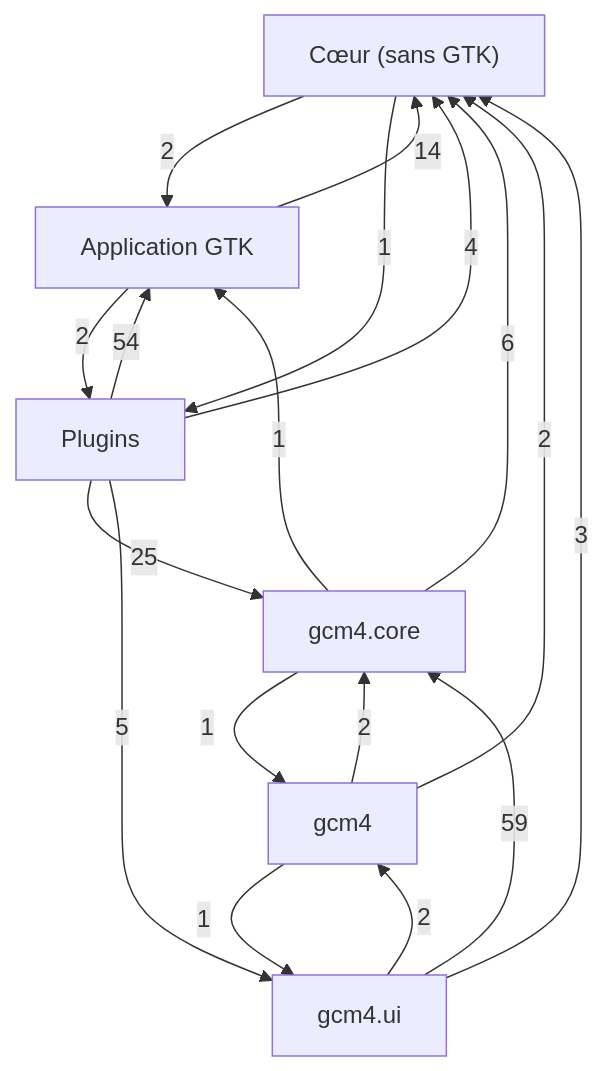
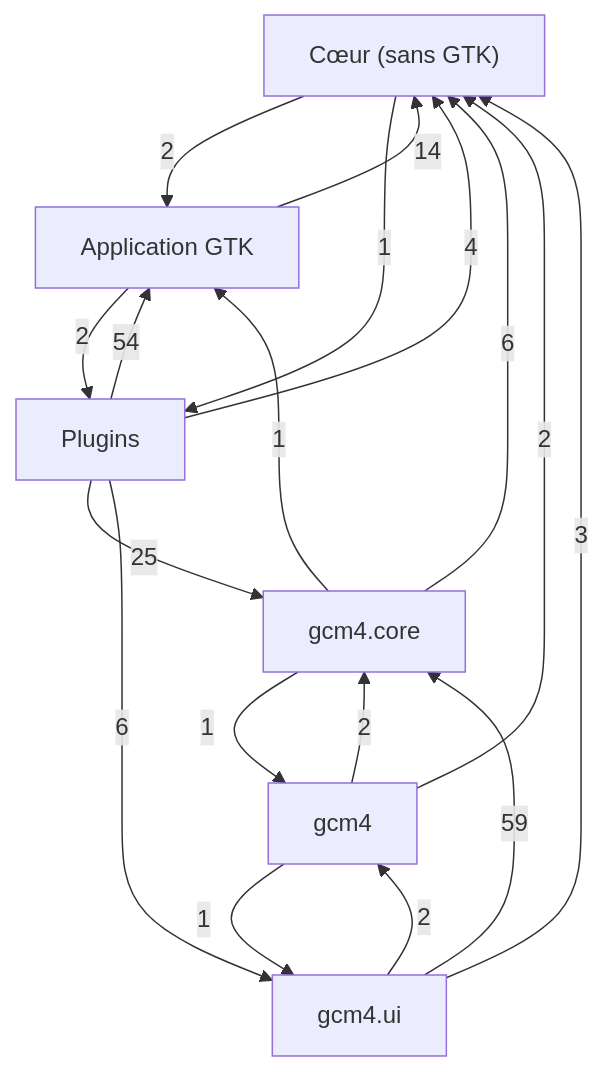
The first of 7 diagrams in docs/class-diagram.md (Mathilde-Team/Gcm4), drawn with Mermaid before and after one commit. The commit also changed other lines of this file and 36 other files, not shown here.

````diff
--- a/docs/class-diagram.md
+++ b/docs/class-diagram.md
@@ -21,26 +21,26 @@
 ```mermaid
 flowchart TD
     g0["Cœur (sans GTK)"]
     g1["Application GTK"]
     g2["Plugins"]
     g3["gcm4"]
     g4["gcm4.core"]
     g5["gcm4.ui"]
     g1 -->|14| g0
     g1 -->|2| g2
     g0 -->|2| g1
     g0 -->|1| g2
     g2 -->|54| g1
     g2 -->|4| g0
     g2 -->|25| g4
-    g2 -->|5| g5
+    g2 -->|6| g5
     g3 -->|2| g0
     g3 -->|2| g4
     g3 -->|1| g5
     g4 -->|1| g1
     g4 -->|6| g0
     g4 -->|1| g3
     g5 -->|3| g0
     g5 -->|2| g3
     g5 -->|59| g4
 ```
````
